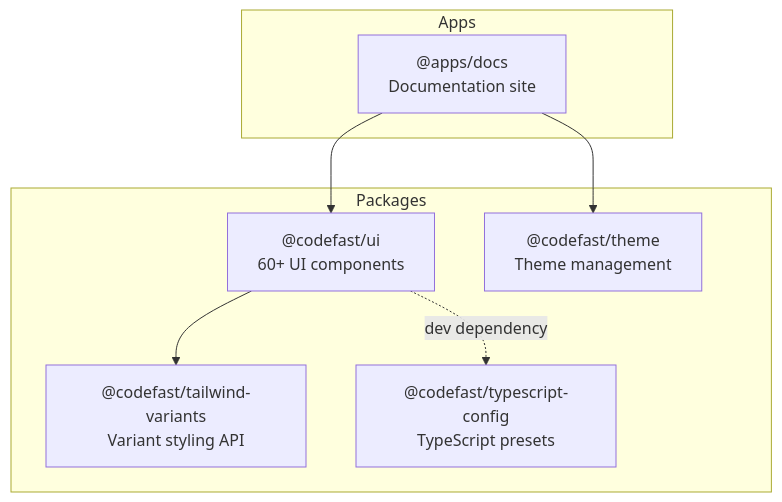
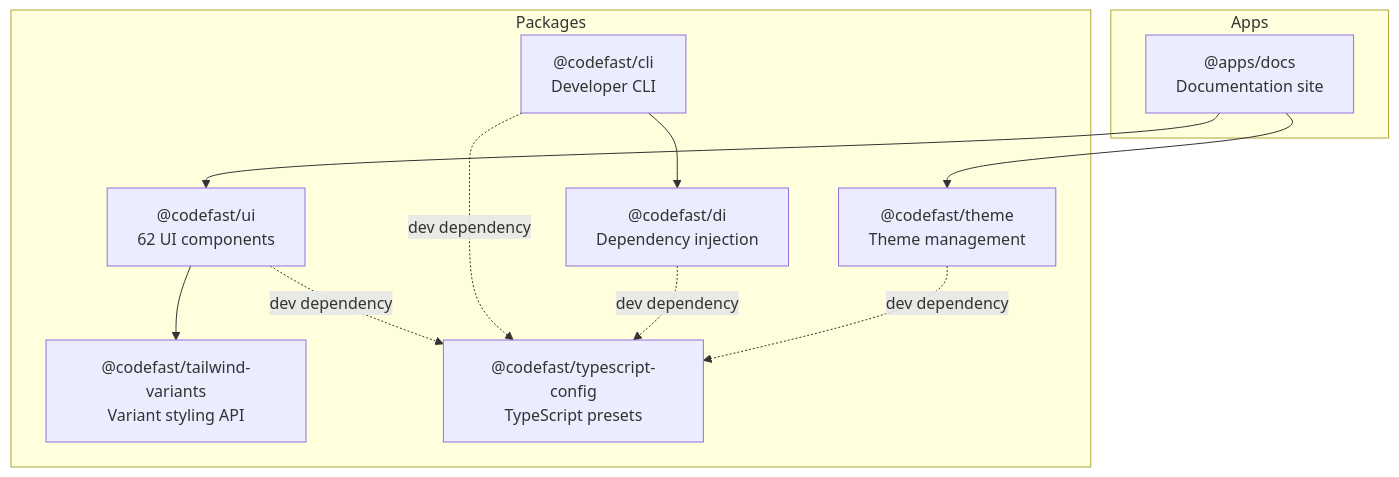
One commit to codefastlabs/codefast changed the diagram in README.md. Above: the diagram before and after it, drawn with Mermaid. The commit also changed other lines of this file, not shown here.

First line of the commit message:
docs: update README.md to reflect component count and dependency updates

````diff
--- a/README.md
+++ b/README.md
@@ -69,18 +69,24 @@
 ```mermaid
 graph TD
   subgraph apps [Apps]
     Docs["@apps/docs<br/>Documentation site"]
   end
 
   subgraph packages [Packages]
-    UI["@codefast/ui<br/>60+ UI components"]
+    UI["@codefast/ui<br/>62 UI components"]
     TV["@codefast/tailwind-variants<br/>Variant styling API"]
     Theme["@codefast/theme<br/>Theme management"]
+    DI["@codefast/di<br/>Dependency injection"]
+    CLI["@codefast/cli<br/>Developer CLI"]
     TSConfig["@codefast/typescript-config<br/>TypeScript presets"]
   end
 
   Docs --> UI
   Docs --> Theme
   UI --> TV
+  CLI --> DI
   UI -.->|dev dependency| TSConfig
+  CLI -.->|dev dependency| TSConfig
+  DI -.->|dev dependency| TSConfig
+  Theme -.->|dev dependency| TSConfig
 ```
````
